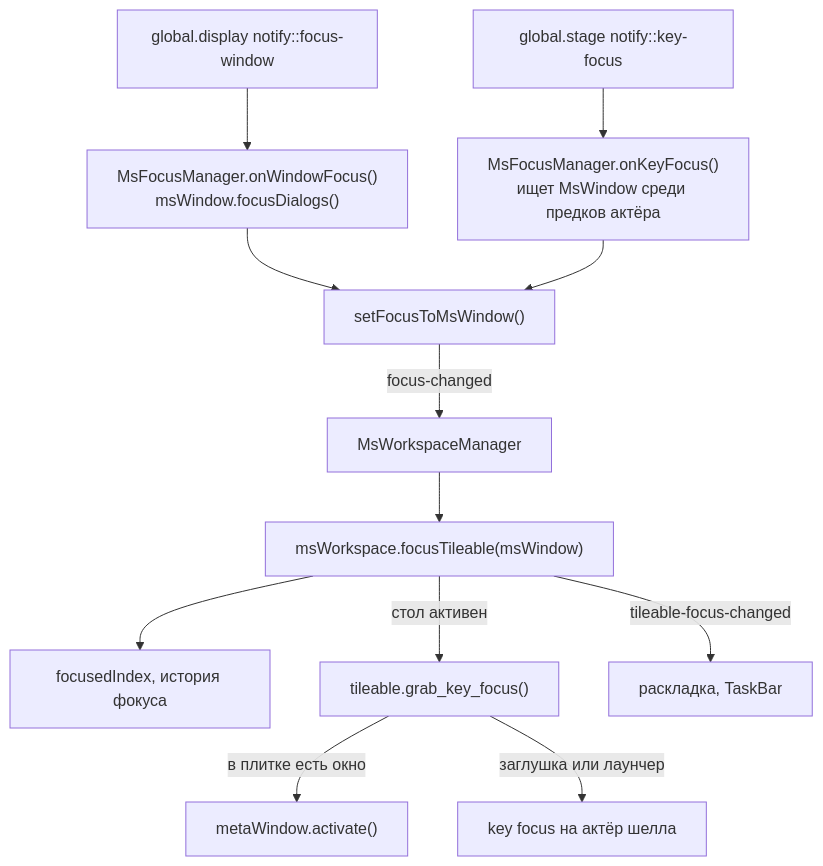
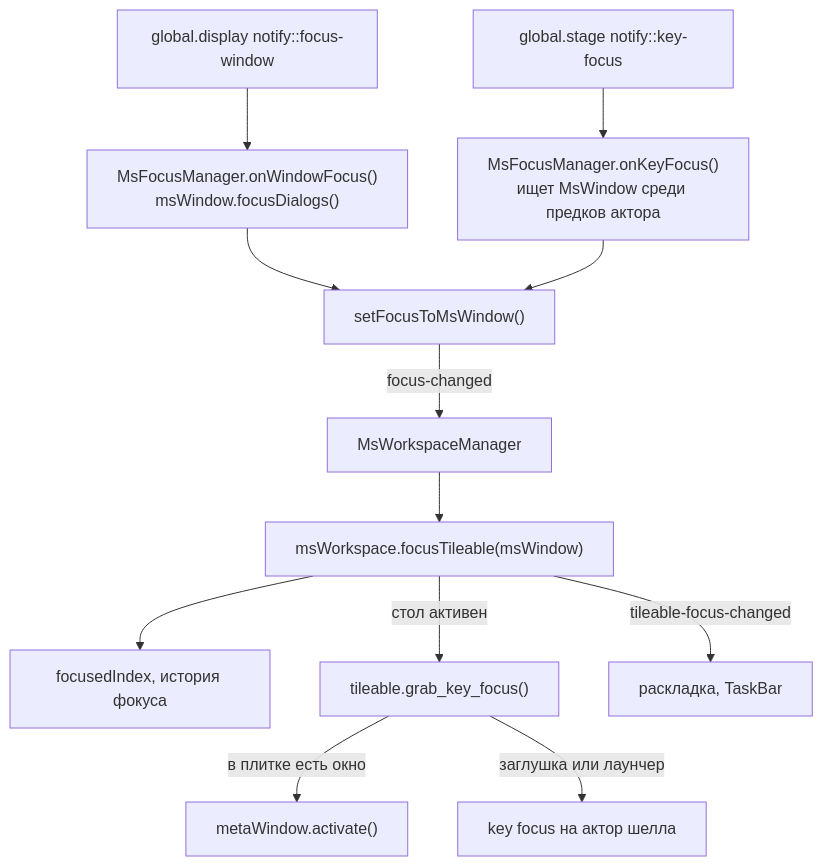
The sixth of 8 diagrams in documentation/development/ARCHITECTURE.md (3axapp/material-shell), drawn with Mermaid before and after one commit. The commit also changed other lines of this file and 6 other files, not shown here.

````diff
--- a/documentation/development/ARCHITECTURE.md
+++ b/documentation/development/ARCHITECTURE.md
@@ -315,14 +315,14 @@
 ```mermaid
 flowchart TB
     fw["global.display notify::focus-window"] --> onWF["MsFocusManager.onWindowFocus()<br/>msWindow.focusDialogs()"]
-    kf["global.stage notify::key-focus"] --> onKF["MsFocusManager.onKeyFocus()<br/>ищет MsWindow среди предков актёра"]
+    kf["global.stage notify::key-focus"] --> onKF["MsFocusManager.onKeyFocus()<br/>ищет MsWindow среди предков актора"]
     onWF --> set["setFocusToMsWindow()"]
     onKF --> set
     set -->|"focus-changed"| wsm["MsWorkspaceManager"]
     wsm --> ft["msWorkspace.focusTileable(msWindow)"]
     ft --> idx["focusedIndex, история фокуса"]
     ft -->|"стол активен"| gkf["tileable.grab_key_focus()"]
     gkf -->|"в плитке есть окно"| act["metaWindow.activate()"]
-    gkf -->|"заглушка или лаунчер"| actor["key focus на актёр шелла"]
+    gkf -->|"заглушка или лаунчер"| actor["key focus на актор шелла"]
     ft -->|"tileable-focus-changed"| layout["раскладка, TaskBar"]
 ```
````
